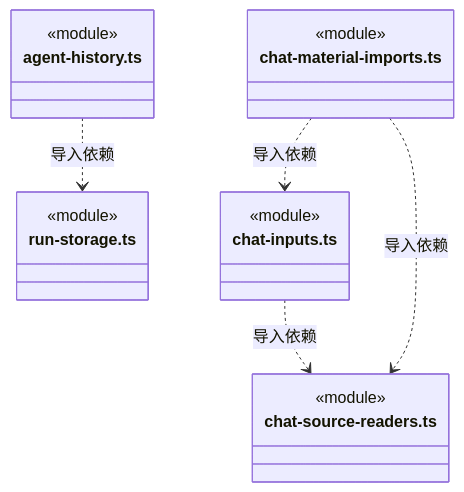
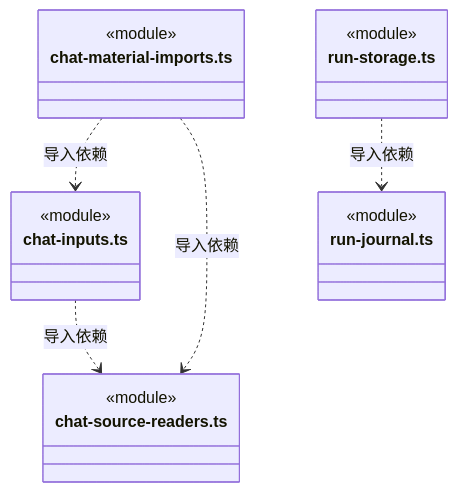
Diagram 13 of 13 in src/backend/main/persistence/tasks/ARCHITECTURE.md (nan023062/cbim), drawn with Mermaid before and after one commit. The commit also changed other lines of this file and 10 other files, not shown here.

First line of the commit message:
refactor: separate agent history persistence from workspace assembly

````diff
--- a/src/backend/main/persistence/tasks/ARCHITECTURE.md
+++ b/src/backend/main/persistence/tasks/ARCHITECTURE.md
@@ -360,22 +352,22 @@
 ```mermaid
 classDiagram
-class N_src_backend_main_persistence_tasks_agent_history_ts["agent-history.ts"] {
-  <<module>>
-}
-class N_src_backend_main_persistence_tasks_run_storage_ts["run-storage.ts"] {
-  <<module>>
-}
 class N_src_backend_main_persistence_tasks_chat_inputs_ts["chat-inputs.ts"] {
   <<module>>
 }
 class N_src_backend_main_persistence_tasks_chat_source_readers_ts["chat-source-readers.ts"] {
   <<module>>
 }
 class N_src_backend_main_persistence_tasks_chat_material_imports_ts["chat-material-imports.ts"] {
   <<module>>
 }
-N_src_backend_main_persistence_tasks_agent_history_ts ..> N_src_backend_main_persistence_tasks_run_storage_ts : 导入依赖
+class N_src_backend_main_persistence_tasks_run_storage_ts["run-storage.ts"] {
+  <<module>>
+}
+class N_src_backend_main_persistence_tasks_run_journal_ts["run-journal.ts"] {
+  <<module>>
+}
 N_src_backend_main_persistence_tasks_chat_inputs_ts ..> N_src_backend_main_persistence_tasks_chat_source_readers_ts : 导入依赖
 N_src_backend_main_persistence_tasks_chat_material_imports_ts ..> N_src_backend_main_persistence_tasks_chat_inputs_ts : 导入依赖
 N_src_backend_main_persistence_tasks_chat_material_imports_ts ..> N_src_backend_main_persistence_tasks_chat_source_readers_ts : 导入依赖
+N_src_backend_main_persistence_tasks_run_storage_ts ..> N_src_backend_main_persistence_tasks_run_journal_ts : 导入依赖
 ```
````
